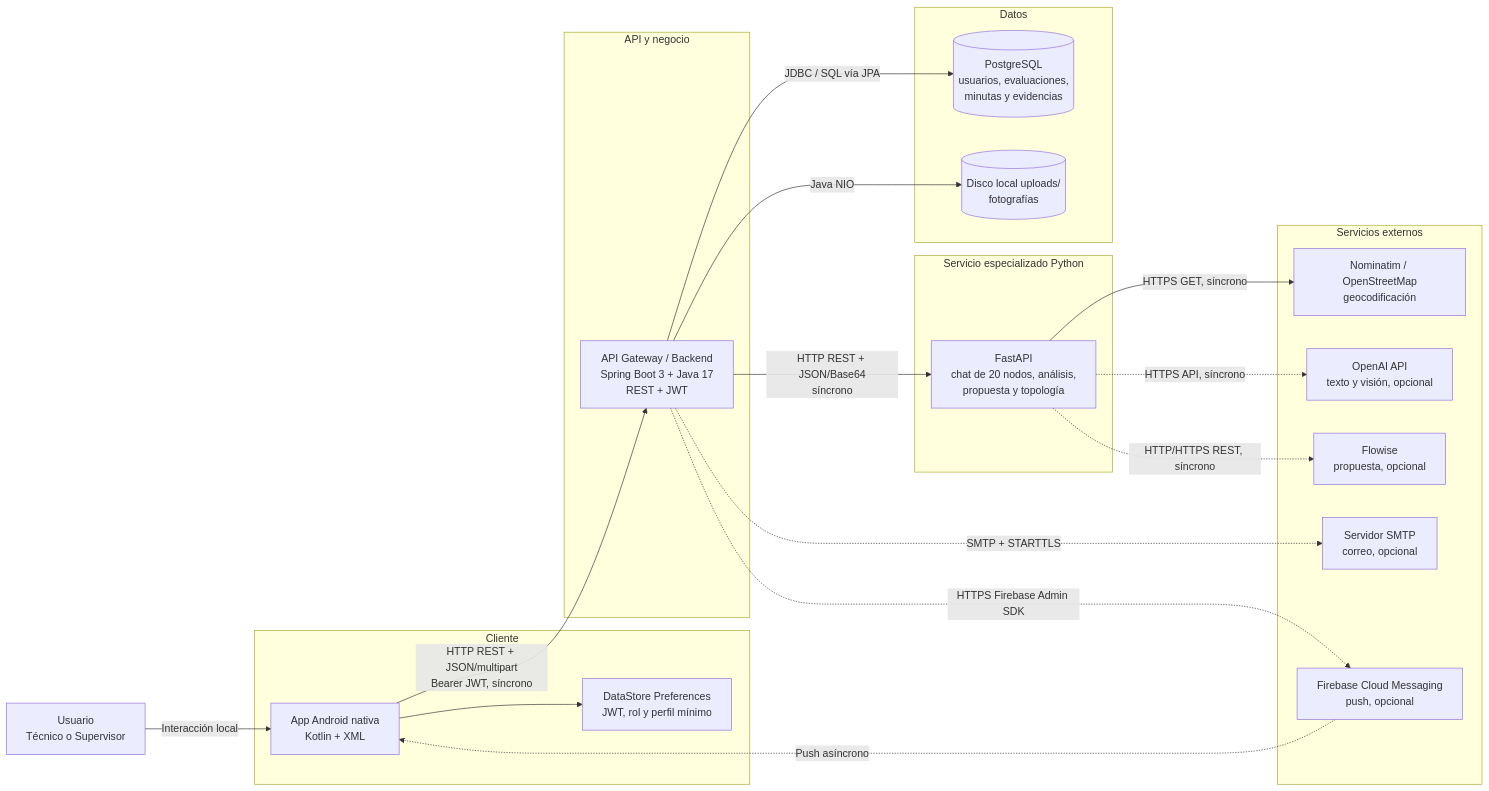
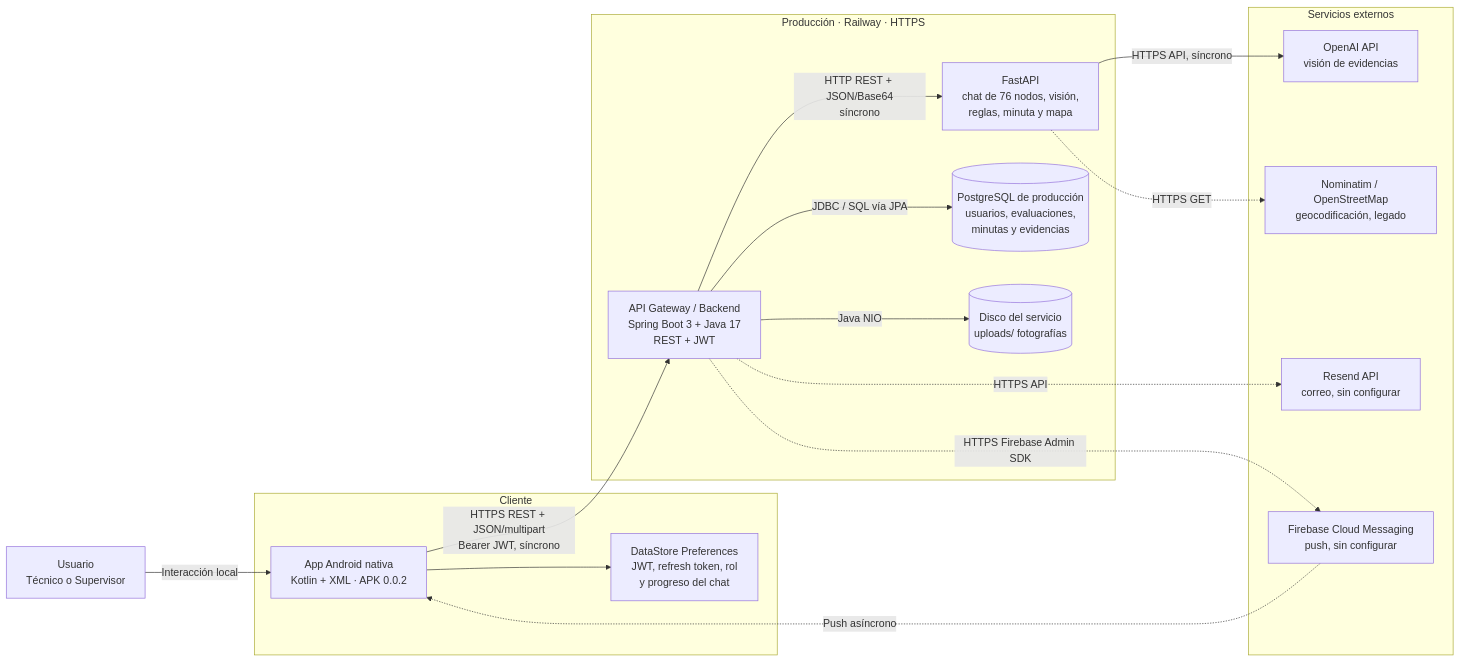
The diagram in docs/architecture/architecture-overview.md (jagarell/AsistenteRedIDBI), drawn with Mermaid before and after one commit. The commit also changed other lines of this file and 14 other files, not shown here.

````diff
--- a/docs/architecture/architecture-overview.md
+++ b/docs/architecture/architecture-overview.md
@@ -5,43 +7,35 @@
 ```mermaid
 flowchart LR
     USER[Usuario<br/>Técnico o Supervisor]
 
     subgraph CLIENT[Cliente]
-        ANDROID[App Android nativa<br/>Kotlin + XML]
-        LOCAL[DataStore Preferences<br/>JWT, rol y perfil mínimo]
+        ANDROID[App Android nativa<br/>Kotlin + XML · APK 0.0.2]
+        LOCAL[DataStore Preferences<br/>JWT, refresh token, rol<br/>y progreso del chat]
         ANDROID --> LOCAL
     end
 
-    subgraph API[API y negocio]
+    subgraph RAILWAY[Producción · Railway · HTTPS]
         GATEWAY[API Gateway / Backend<br/>Spring Boot 3 + Java 17<br/>REST + JWT]
-    end
-
-    subgraph PYTHON[Servicio especializado Python]
-        FASTAPI[FastAPI<br/>chat de 20 nodos, análisis,<br/>propuesta y topología]
-    end
-
-    subgraph DATA[Datos]
-        PG[(PostgreSQL<br/>usuarios, evaluaciones,<br/>minutas y evidencias)]
-        FILES[(Disco local uploads/<br/>fotografías)]
+        FASTAPI[FastAPI<br/>chat de 76 nodos, visión,<br/>reglas, minuta y mapa]
+        PG[(PostgreSQL de producción<br/>usuarios, evaluaciones,<br/>minutas y evidencias)]
+        FILES[(Disco del servicio<br/>uploads/ fotografías)]
     end
 
     subgraph EXT[Servicios externos]
-        OSM[Nominatim / OpenStreetMap<br/>geocodificación]
-        OPENAI[OpenAI API<br/>texto y visión, opcional]
-        FLOWISE[Flowise<br/>propuesta, opcional]
-        SMTP[Servidor SMTP<br/>correo, opcional]
-        FCM[Firebase Cloud Messaging<br/>push, opcional]
+        OPENAI[OpenAI API<br/>visión de evidencias]
+        OSM[Nominatim / OpenStreetMap<br/>geocodificación, legado]
+        SMTP[Resend API<br/>correo, sin configurar]
+        FCM[Firebase Cloud Messaging<br/>push, sin configurar]
     end
 
     USER -->|Interacción local| ANDROID
-    ANDROID -->|HTTP REST + JSON/multipart<br/>Bearer JWT, síncrono| GATEWAY
+    ANDROID -->|HTTPS REST + JSON/multipart<br/>Bearer JWT, síncrono| GATEWAY
     GATEWAY -->|HTTP REST + JSON/Base64<br/>síncrono| FASTAPI
     GATEWAY -->|JDBC / SQL vía JPA| PG
     GATEWAY -->|Java NIO| FILES
-    FASTAPI -->|HTTPS GET, síncrono| OSM
-    FASTAPI -.->|HTTPS API, síncrono| OPENAI
-    FASTAPI -.->|HTTP/HTTPS REST, síncrono| FLOWISE
-    GATEWAY -.->|SMTP + STARTTLS| SMTP
+    FASTAPI -->|HTTPS API, síncrono| OPENAI
+    FASTAPI -.->|HTTPS GET| OSM
+    GATEWAY -.->|HTTPS API| SMTP
     GATEWAY -.->|HTTPS Firebase Admin SDK| FCM
     FCM -.->|Push asíncrono| ANDROID
 ```
````
